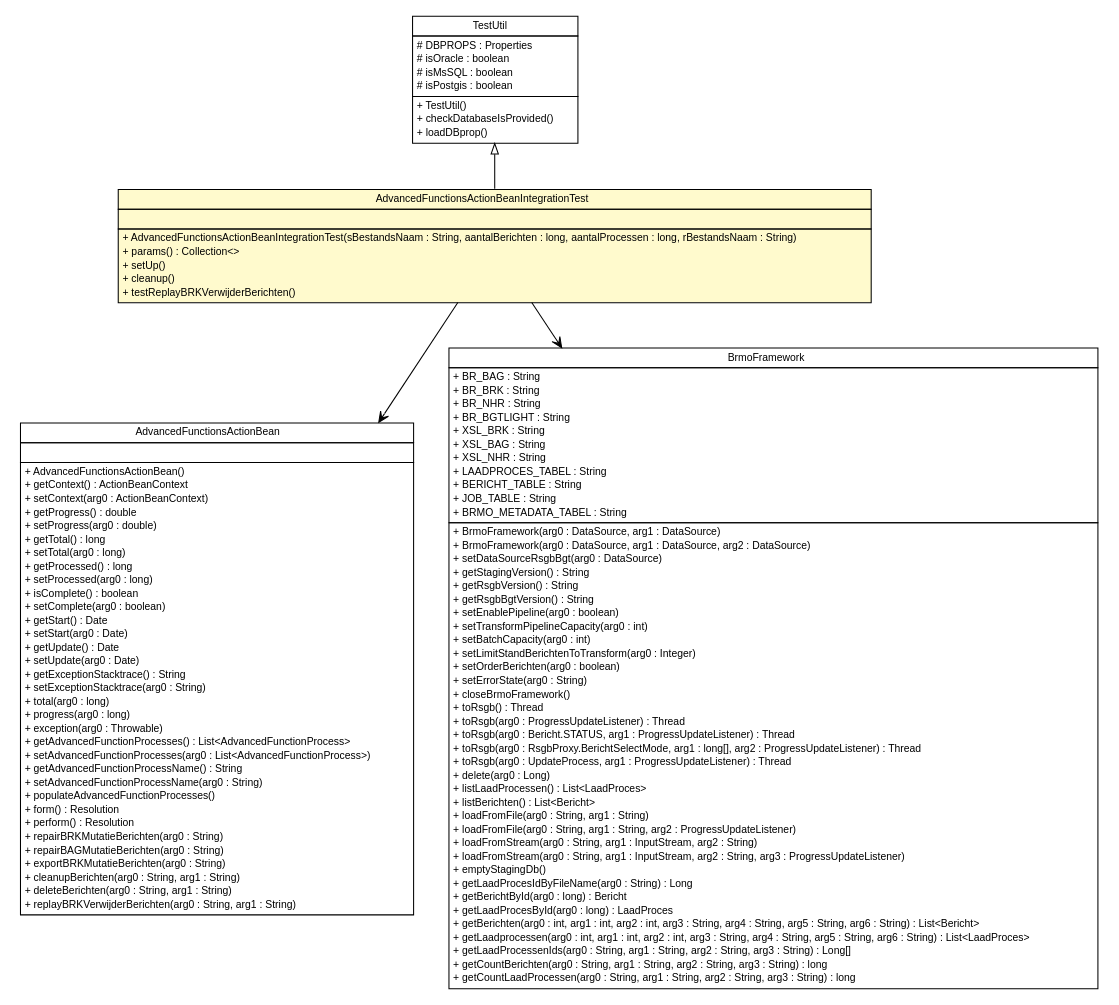
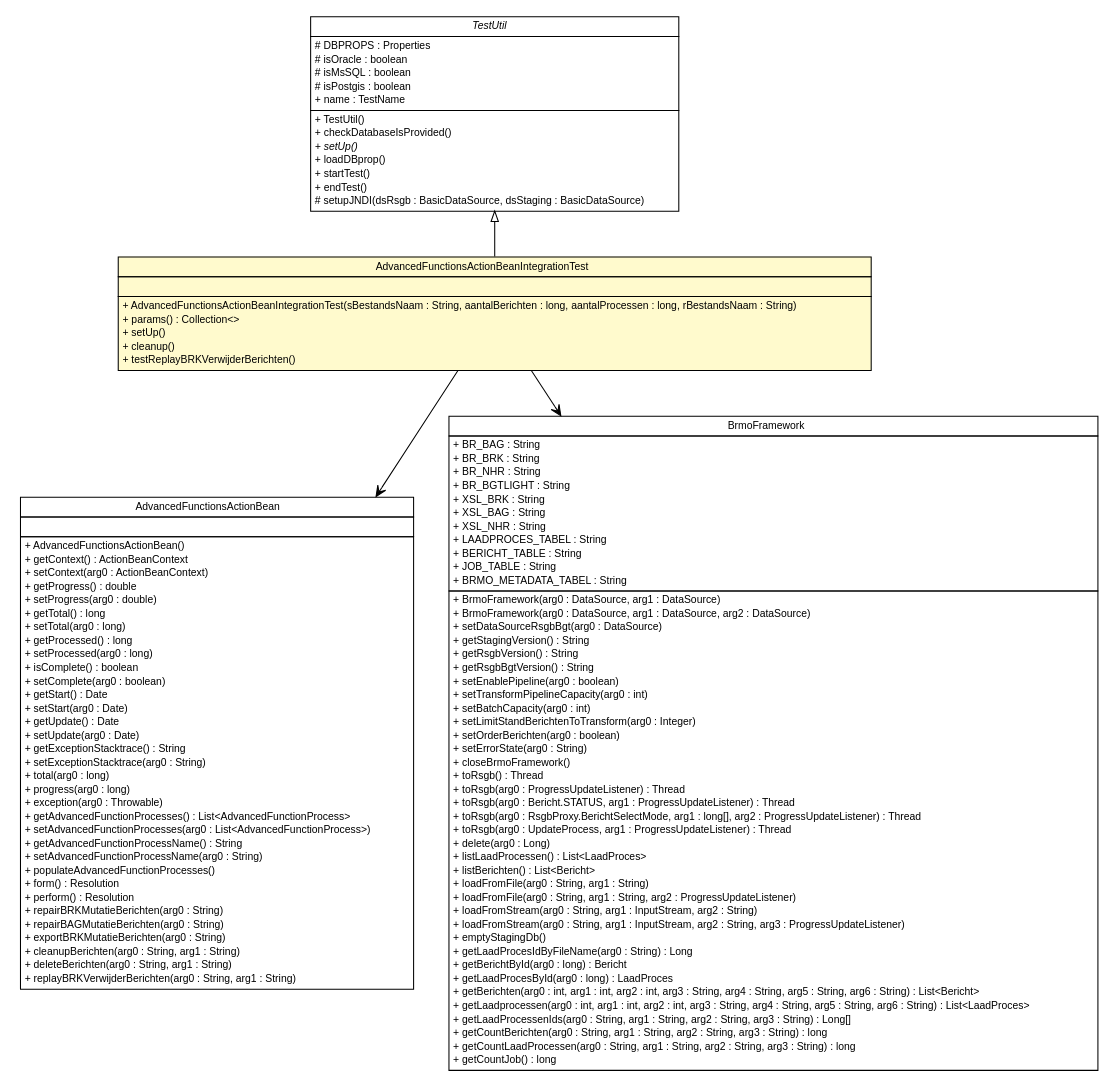
One commit to B3Partners/brmo changed the diagram in brmo-service/testapidocs/nl/b3p/brmo/service/stripes/AdvancedFunctionsActionBeanIntegrationTest.dot. Above: the diagram before and after it, drawn with Graphviz. The commit also changed 225 other files, not shown here.

```diff
--- a/brmo-service/testapidocs/nl/b3p/brmo/service/stripes/AdvancedFunctionsActionBeanIntegrationTest.dot
+++ b/brmo-service/testapidocs/nl/b3p/brmo/service/stripes/AdvancedFunctionsActionBeanIntegrationTest.dot
@@ -1,150 +1,156 @@
 #!/usr/local/bin/dot
 #
 # Class diagram 
 # Generated by UMLGraph version R5_6-24-gf6e263 (http://www.umlgraph.org/)
 #
 
 digraph G {
 	edge [fontname="Helvetica",fontsize=10,labelfontname="Helvetica",labelfontsize=10];
 	node [fontname="Helvetica",fontsize=10,shape=plaintext];
 	nodesep=0.25;
 	ranksep=0.5;
 	// nl.b3p.brmo.service.stripes.AdvancedFunctionsActionBeanIntegrationTest
 	c47 [label=<<table title="nl.b3p.brmo.service.stripes.AdvancedFunctionsActionBeanIntegrationTest" border="0" cellborder="1" cellspacing="0" cellpadding="2" port="p" bgcolor="lemonChiffon" href="./AdvancedFunctionsActionBeanIntegrationTest.html">
 		<tr><td><table border="0" cellspacing="0" cellpadding="1">
 <tr><td align="center" balign="center"> AdvancedFunctionsActionBeanIntegrationTest </td></tr>
 		</table></td></tr>
 		<tr><td><table border="0" cellspacing="0" cellpadding="1">
 <tr><td align="left" balign="left">  </td></tr>
 		</table></td></tr>
 		<tr><td><table border="0" cellspacing="0" cellpadding="1">
 <tr><td align="left" balign="left"> + AdvancedFunctionsActionBeanIntegrationTest(sBestandsNaam : String, aantalBerichten : long, aantalProcessen : long, rBestandsNaam : String) </td></tr>
 <tr><td align="left" balign="left"> + params() : Collection&lt;&gt; </td></tr>
 <tr><td align="left" balign="left"> + setUp() </td></tr>
 <tr><td align="left" balign="left"> + cleanup() </td></tr>
 <tr><td align="left" balign="left"> + testReplayBRKVerwijderBerichten() </td></tr>
 		</table></td></tr>
 		</table>>, URL="./AdvancedFunctionsActionBeanIntegrationTest.html", fontname="Helvetica", fontcolor="black", fontsize=10.0];
 	// nl.b3p.brmo.service.testutil.TestUtil
 	c48 [label=<<table title="nl.b3p.brmo.service.testutil.TestUtil" border="0" cellborder="1" cellspacing="0" cellpadding="2" port="p" href="../testutil/TestUtil.html">
 		<tr><td><table border="0" cellspacing="0" cellpadding="1">
-<tr><td align="center" balign="center"> TestUtil </td></tr>
+<tr><td align="center" balign="center"><font face="Helvetica-Oblique"> TestUtil </font></td></tr>
 		</table></td></tr>
 		<tr><td><table border="0" cellspacing="0" cellpadding="1">
 <tr><td align="left" balign="left"> # DBPROPS : Properties </td></tr>
 <tr><td align="left" balign="left"> # isOracle : boolean </td></tr>
 <tr><td align="left" balign="left"> # isMsSQL : boolean </td></tr>
 <tr><td align="left" balign="left"> # isPostgis : boolean </td></tr>
+<tr><td align="left" balign="left"> + name : TestName </td></tr>
 		</table></td></tr>
 		<tr><td><table border="0" cellspacing="0" cellpadding="1">
 <tr><td align="left" balign="left"> + TestUtil() </td></tr>
 <tr><td align="left" balign="left"> + checkDatabaseIsProvided() </td></tr>
+<tr><td align="left" balign="left"><font face="Helvetica-Oblique" point-size="10.0"> + setUp() </font></td></tr>
 <tr><td align="left" balign="left"> + loadDBprop() </td></tr>
+<tr><td align="left" balign="left"> + startTest() </td></tr>
+<tr><td align="left" balign="left"> + endTest() </td></tr>
+<tr><td align="left" balign="left"> # setupJNDI(dsRsgb : BasicDataSource, dsStaging : BasicDataSource) </td></tr>
 		</table></td></tr>
 		</table>>, URL="../testutil/TestUtil.html", fontname="Helvetica", fontcolor="black", fontsize=10.0];
 	//nl.b3p.brmo.service.stripes.AdvancedFunctionsActionBeanIntegrationTest extends nl.b3p.brmo.service.testutil.TestUtil
 	c48:p -> c47:p [dir=back,arrowtail=empty];
 	// nl.b3p.brmo.service.stripes.AdvancedFunctionsActionBeanIntegrationTest NAVASSOC nl.b3p.brmo.service.stripes.AdvancedFunctionsActionBean
 	c47:p -> c49:p [taillabel="", label="", headlabel="", fontname="Helvetica", fontcolor="black", fontsize=10.0, color="black", arrowhead=open];
 	// nl.b3p.brmo.service.stripes.AdvancedFunctionsActionBeanIntegrationTest NAVASSOC nl.b3p.brmo.loader.BrmoFramework
 	c47:p -> c50:p [taillabel="", label="", headlabel="", fontname="Helvetica", fontcolor="black", fontsize=10.0, color="black", arrowhead=open];
 	// nl.b3p.brmo.loader.BrmoFramework
 	c50 [label=<<table title="nl.b3p.brmo.loader.BrmoFramework" border="0" cellborder="1" cellspacing="0" cellpadding="2" port="p">
 		<tr><td><table border="0" cellspacing="0" cellpadding="1">
 <tr><td align="center" balign="center"> BrmoFramework </td></tr>
 		</table></td></tr>
 		<tr><td><table border="0" cellspacing="0" cellpadding="1">
 <tr><td align="left" balign="left"> + BR_BAG : String </td></tr>
 <tr><td align="left" balign="left"> + BR_BRK : String </td></tr>
 <tr><td align="left" balign="left"> + BR_NHR : String </td></tr>
 <tr><td align="left" balign="left"> + BR_BGTLIGHT : String </td></tr>
 <tr><td align="left" balign="left"> + XSL_BRK : String </td></tr>
 <tr><td align="left" balign="left"> + XSL_BAG : String </td></tr>
 <tr><td align="left" balign="left"> + XSL_NHR : String </td></tr>
 <tr><td align="left" balign="left"> + LAADPROCES_TABEL : String </td></tr>
 <tr><td align="left" balign="left"> + BERICHT_TABLE : String </td></tr>
 <tr><td align="left" balign="left"> + JOB_TABLE : String </td></tr>
 <tr><td align="left" balign="left"> + BRMO_METADATA_TABEL : String </td></tr>
 		</table></td></tr>
 		<tr><td><table border="0" cellspacing="0" cellpadding="1">
 <tr><td align="left" balign="left"> + BrmoFramework(arg0 : DataSource, arg1 : DataSource) </td></tr>
 <tr><td align="left" balign="left"> + BrmoFramework(arg0 : DataSource, arg1 : DataSource, arg2 : DataSource) </td></tr>
 <tr><td align="left" balign="left"> + setDataSourceRsgbBgt(arg0 : DataSource) </td></tr>
 <tr><td align="left" balign="left"> + getStagingVersion() : String </td></tr>
 <tr><td align="left" balign="left"> + getRsgbVersion() : String </td></tr>
 <tr><td align="left" balign="left"> + getRsgbBgtVersion() : String </td></tr>
 <tr><td align="left" balign="left"> + setEnablePipeline(arg0 : boolean) </td></tr>
 <tr><td align="left" balign="left"> + setTransformPipelineCapacity(arg0 : int) </td></tr>
 <tr><td align="left" balign="left"> + setBatchCapacity(arg0 : int) </td></tr>
 <tr><td align="left" balign="left"> + setLimitStandBerichtenToTransform(arg0 : Integer) </td></tr>
 <tr><td align="left" balign="left"> + setOrderBerichten(arg0 : boolean) </td></tr>
 <tr><td align="left" balign="left"> + setErrorState(arg0 : String) </td></tr>
 <tr><td align="left" balign="left"> + closeBrmoFramework() </td></tr>
 <tr><td align="left" balign="left"> + toRsgb() : Thread </td></tr>
 <tr><td align="left" balign="left"> + toRsgb(arg0 : ProgressUpdateListener) : Thread </td></tr>
 <tr><td align="left" balign="left"> + toRsgb(arg0 : Bericht.STATUS, arg1 : ProgressUpdateListener) : Thread </td></tr>
 <tr><td align="left" balign="left"> + toRsgb(arg0 : RsgbProxy.BerichtSelectMode, arg1 : long[], arg2 : ProgressUpdateListener) : Thread </td></tr>
 <tr><td align="left" balign="left"> + toRsgb(arg0 : UpdateProcess, arg1 : ProgressUpdateListener) : Thread </td></tr>
 <tr><td align="left" balign="left"> + delete(arg0 : Long) </td></tr>
 <tr><td align="left" balign="left"> + listLaadProcessen() : List&lt;LaadProces&gt; </td></tr>
 <tr><td align="left" balign="left"> + listBerichten() : List&lt;Bericht&gt; </td></tr>
 <tr><td align="left" balign="left"> + loadFromFile(arg0 : String, arg1 : String) </td></tr>
 <tr><td align="left" balign="left"> + loadFromFile(arg0 : String, arg1 : String, arg2 : ProgressUpdateListener) </td></tr>
 <tr><td align="left" balign="left"> + loadFromStream(arg0 : String, arg1 : InputStream, arg2 : String) </td></tr>
 <tr><td align="left" balign="left"> + loadFromStream(arg0 : String, arg1 : InputStream, arg2 : String, arg3 : ProgressUpdateListener) </td></tr>
 <tr><td align="left" balign="left"> + emptyStagingDb() </td></tr>
 <tr><td align="left" balign="left"> + getLaadProcesIdByFileName(arg0 : String) : Long </td></tr>
 <tr><td align="left" balign="left"> + getBerichtById(arg0 : long) : Bericht </td></tr>
 <tr><td align="left" balign="left"> + getLaadProcesById(arg0 : long) : LaadProces </td></tr>
 <tr><td align="left" balign="left"> + getBerichten(arg0 : int, arg1 : int, arg2 : int, arg3 : String, arg4 : String, arg5 : String, arg6 : String) : List&lt;Bericht&gt; </td></tr>
 <tr><td align="left" balign="left"> + getLaadprocessen(arg0 : int, arg1 : int, arg2 : int, arg3 : String, arg4 : String, arg5 : String, arg6 : String) : List&lt;LaadProces&gt; </td></tr>
 <tr><td align="left" balign="left"> + getLaadProcessenIds(arg0 : String, arg1 : String, arg2 : String, arg3 : String) : Long[] </td></tr>
 <tr><td align="left" balign="left"> + getCountBerichten(arg0 : String, arg1 : String, arg2 : String, arg3 : String) : long </td></tr>
 <tr><td align="left" balign="left"> + getCountLaadProcessen(arg0 : String, arg1 : String, arg2 : String, arg3 : String) : long </td></tr>
+<tr><td align="left" balign="left"> + getCountJob() : long </td></tr>
 		</table></td></tr>
 		</table>>, URL="null", fontname="Helvetica", fontcolor="black", fontsize=10.0];
 	// nl.b3p.brmo.service.stripes.AdvancedFunctionsActionBean
 	c49 [label=<<table title="nl.b3p.brmo.service.stripes.AdvancedFunctionsActionBean" border="0" cellborder="1" cellspacing="0" cellpadding="2" port="p">
 		<tr><td><table border="0" cellspacing="0" cellpadding="1">
 <tr><td align="center" balign="center"> AdvancedFunctionsActionBean </td></tr>
 		</table></td></tr>
 		<tr><td><table border="0" cellspacing="0" cellpadding="1">
 <tr><td align="left" balign="left">  </td></tr>
 		</table></td></tr>
 		<tr><td><table border="0" cellspacing="0" cellpadding="1">
 <tr><td align="left" balign="left"> + AdvancedFunctionsActionBean() </td></tr>
 <tr><td align="left" balign="left"> + getContext() : ActionBeanContext </td></tr>
 <tr><td align="left" balign="left"> + setContext(arg0 : ActionBeanContext) </td></tr>
 <tr><td align="left" balign="left"> + getProgress() : double </td></tr>
 <tr><td align="left" balign="left"> + setProgress(arg0 : double) </td></tr>
 <tr><td align="left" balign="left"> + getTotal() : long </td></tr>
 <tr><td align="left" balign="left"> + setTotal(arg0 : long) </td></tr>
 <tr><td align="left" balign="left"> + getProcessed() : long </td></tr>
 <tr><td align="left" balign="left"> + setProcessed(arg0 : long) </td></tr>
 <tr><td align="left" balign="left"> + isComplete() : boolean </td></tr>
 <tr><td align="left" balign="left"> + setComplete(arg0 : boolean) </td></tr>
 <tr><td align="left" balign="left"> + getStart() : Date </td></tr>
 <tr><td align="left" balign="left"> + setStart(arg0 : Date) </td></tr>
 <tr><td align="left" balign="left"> + getUpdate() : Date </td></tr>
 <tr><td align="left" balign="left"> + setUpdate(arg0 : Date) </td></tr>
 <tr><td align="left" balign="left"> + getExceptionStacktrace() : String </td></tr>
 <tr><td align="left" balign="left"> + setExceptionStacktrace(arg0 : String) </td></tr>
 <tr><td align="left" balign="left"> + total(arg0 : long) </td></tr>
 <tr><td align="left" balign="left"> + progress(arg0 : long) </td></tr>
 <tr><td align="left" balign="left"> + exception(arg0 : Throwable) </td></tr>
 <tr><td align="left" balign="left"> + getAdvancedFunctionProcesses() : List&lt;AdvancedFunctionProcess&gt; </td></tr>
 <tr><td align="left" balign="left"> + setAdvancedFunctionProcesses(arg0 : List&lt;AdvancedFunctionProcess&gt;) </td></tr>
 <tr><td align="left" balign="left"> + getAdvancedFunctionProcessName() : String </td></tr>
 <tr><td align="left" balign="left"> + setAdvancedFunctionProcessName(arg0 : String) </td></tr>
 <tr><td align="left" balign="left"> + populateAdvancedFunctionProcesses() </td></tr>
 <tr><td align="left" balign="left"> + form() : Resolution </td></tr>
 <tr><td align="left" balign="left"> + perform() : Resolution </td></tr>
 <tr><td align="left" balign="left"> + repairBRKMutatieBerichten(arg0 : String) </td></tr>
 <tr><td align="left" balign="left"> + repairBAGMutatieBerichten(arg0 : String) </td></tr>
 <tr><td align="left" balign="left"> + exportBRKMutatieBerichten(arg0 : String) </td></tr>
 <tr><td align="left" balign="left"> + cleanupBerichten(arg0 : String, arg1 : String) </td></tr>
 <tr><td align="left" balign="left"> + deleteBerichten(arg0 : String, arg1 : String) </td></tr>
 <tr><td align="left" balign="left"> + replayBRKVerwijderBerichten(arg0 : String, arg1 : String) </td></tr>
 		</table></td></tr>
 		</table>>, URL="null", fontname="Helvetica", fontcolor="black", fontsize=10.0];
 }
```
